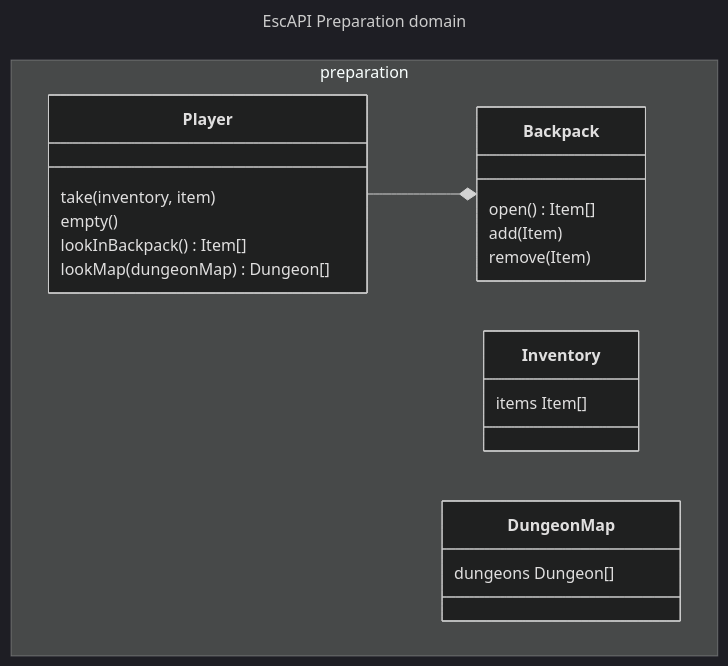
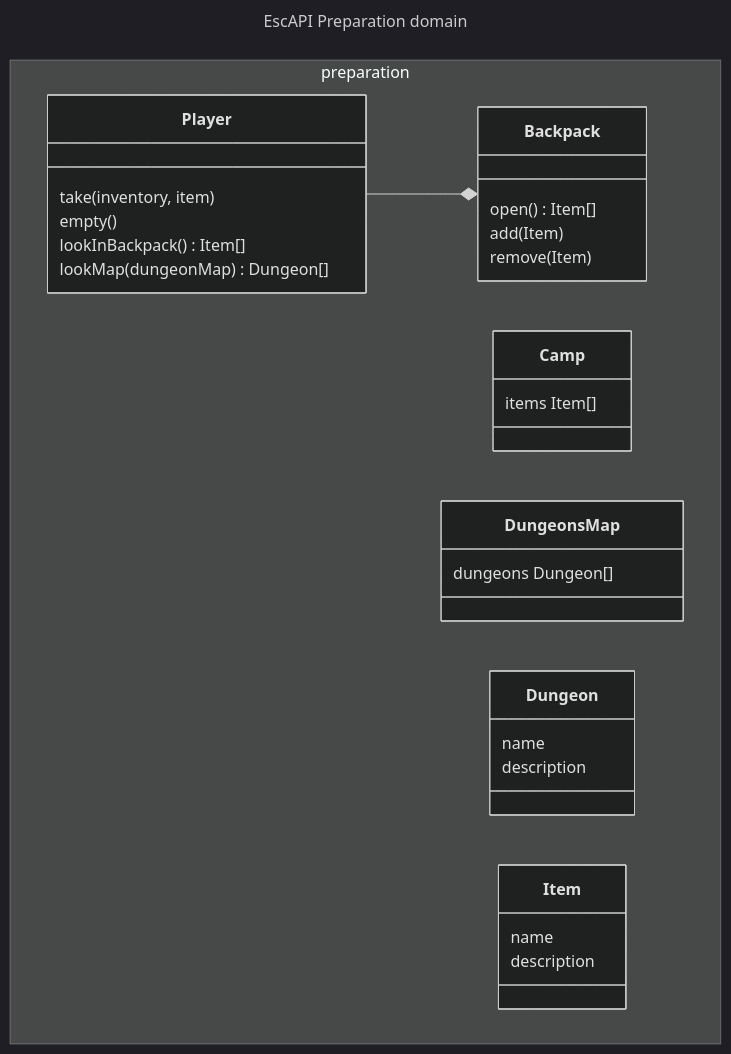
One commit to Yopadd/adventure-crawler changed the diagram in docs/preparation-domain.mermaid. Above: the diagram before and after it, drawn with Mermaid (dark theme). The commit also changed 21 other files, not shown here.

```diff
--- a/docs/preparation-domain.mermaid
+++ b/docs/preparation-domain.mermaid
@@ -1,28 +1,38 @@
 ---
 title: EscAPI Preparation domain
 ---
 classDiagram
   namespace preparation {
     class Player {
       take(inventory, item)
       empty()
       lookInBackpack() Item[]
       lookMap(dungeonMap) Dungeon[]
     }
 
     class Backpack {
       open() Item[]
       add(Item)
       remove(Item)
     }
 
-    class Inventory {
+    class Camp {
       items Item[]
     }
 
-    class DungeonMap {
+    class DungeonsMap {
       dungeons Dungeon[]
+    }
+
+    class Dungeon {
+      name
+      description
+    }
+
+    class Item {
+      name
+      description
     }
   }
 
 Player --* Backpack
```
